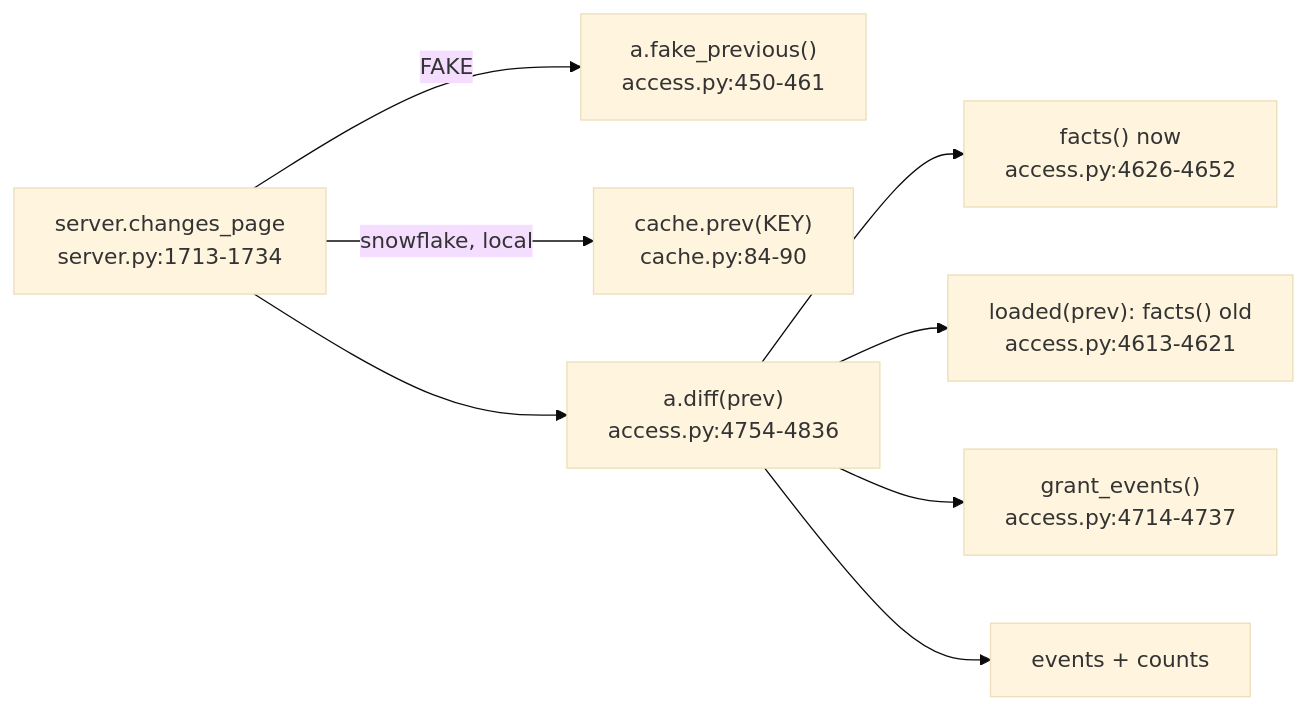
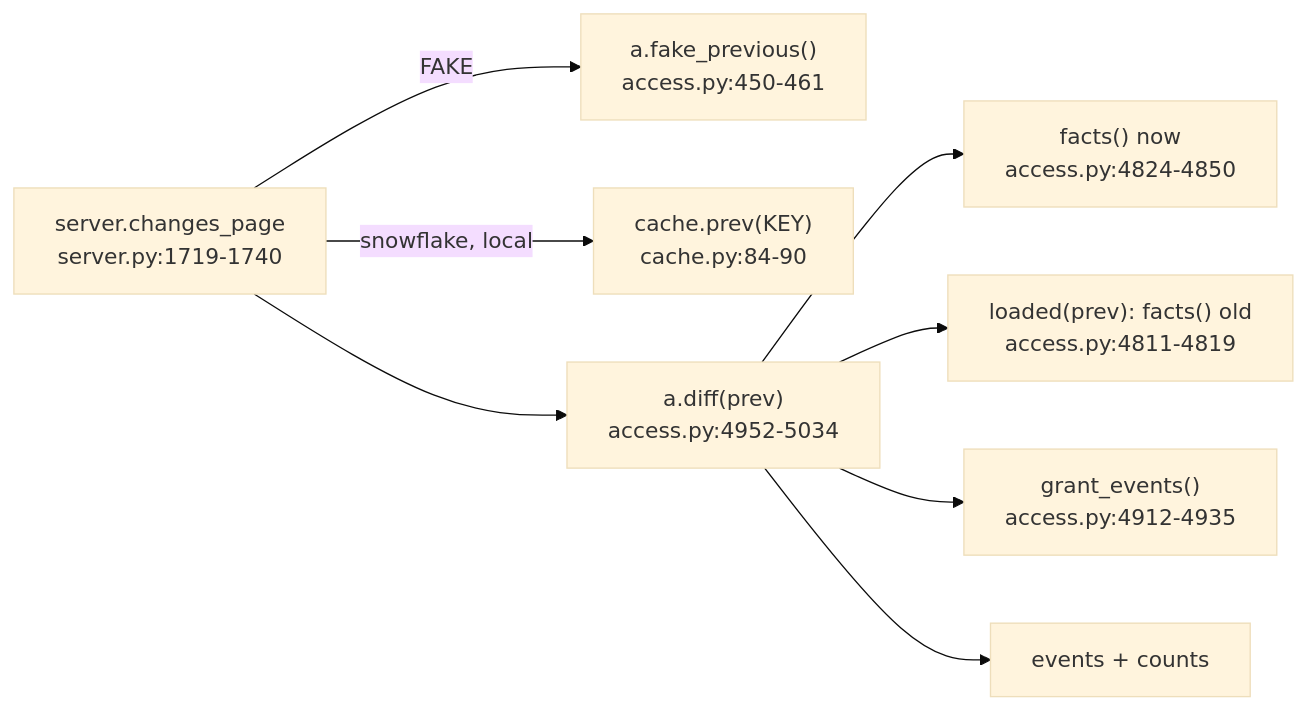
Before and after one commit to darshanmeel/snowflake-access-explorer: the diagram in snowflake-access-explorer-knowledge-graph/logic/diff.md, drawn with Mermaid (base theme). The commit also changed other lines of this file and 62 other files, not shown here.

First line of the commit message:
Docs and knowledge graph for the SQL panel; section SQL leaves the app's own queries out like the tab

````diff
--- a/snowflake-access-explorer-knowledge-graph/logic/diff.md
+++ b/snowflake-access-explorer-knowledge-graph/logic/diff.md
@@ -6,10 +6,10 @@
 ```mermaid
 flowchart LR
-  CP["server.changes_page<br/>server.py:1713-1734"] -->|FAKE| FP["a.fake_previous()<br/>access.py:450-461"]
+  CP["server.changes_page<br/>server.py:1719-1740"] -->|FAKE| FP["a.fake_previous()<br/>access.py:450-461"]
   CP -->|snowflake, local| PR["cache.prev(KEY)<br/>cache.py:84-90"]
-  CP --> D["a.diff(prev)<br/>access.py:4754-4836"]
-  D --> FN["facts() now<br/>access.py:4626-4652"]
-  D --> LD["loaded(prev): facts() old<br/>access.py:4613-4621"]
-  D --> GE["grant_events()<br/>access.py:4714-4737"]
+  CP --> D["a.diff(prev)<br/>access.py:4952-5034"]
+  D --> FN["facts() now<br/>access.py:4824-4850"]
+  D --> LD["loaded(prev): facts() old<br/>access.py:4811-4819"]
+  D --> GE["grant_events()<br/>access.py:4912-4935"]
   D --> EV[events + counts]
 ```
````
